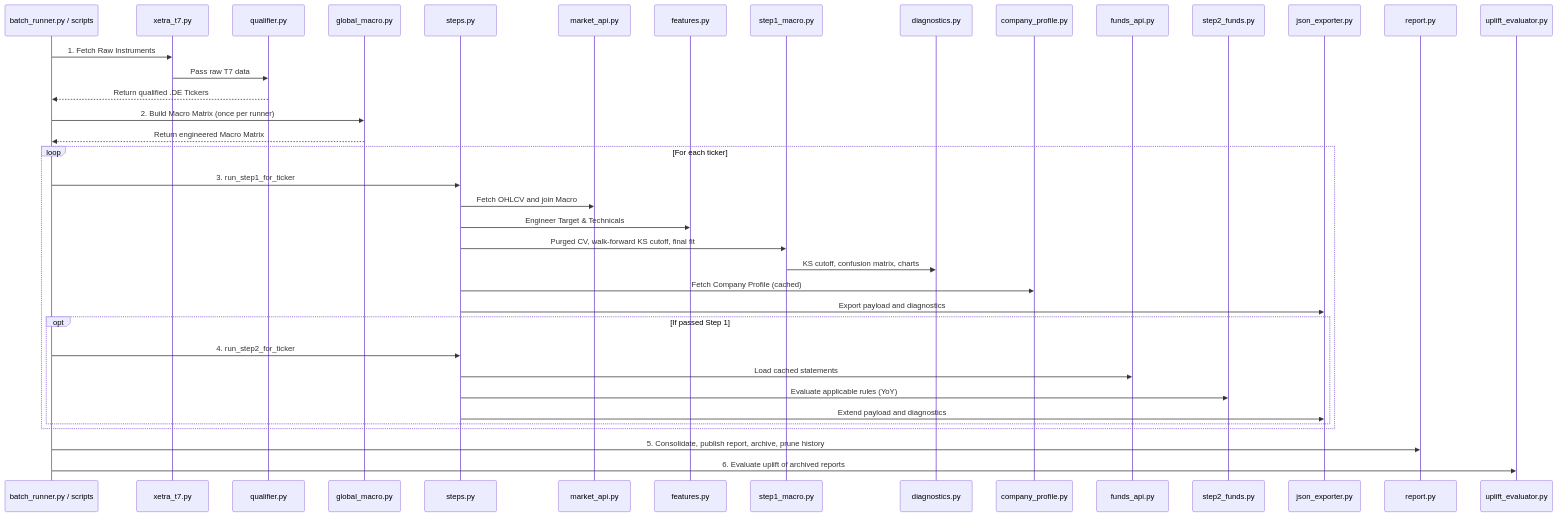
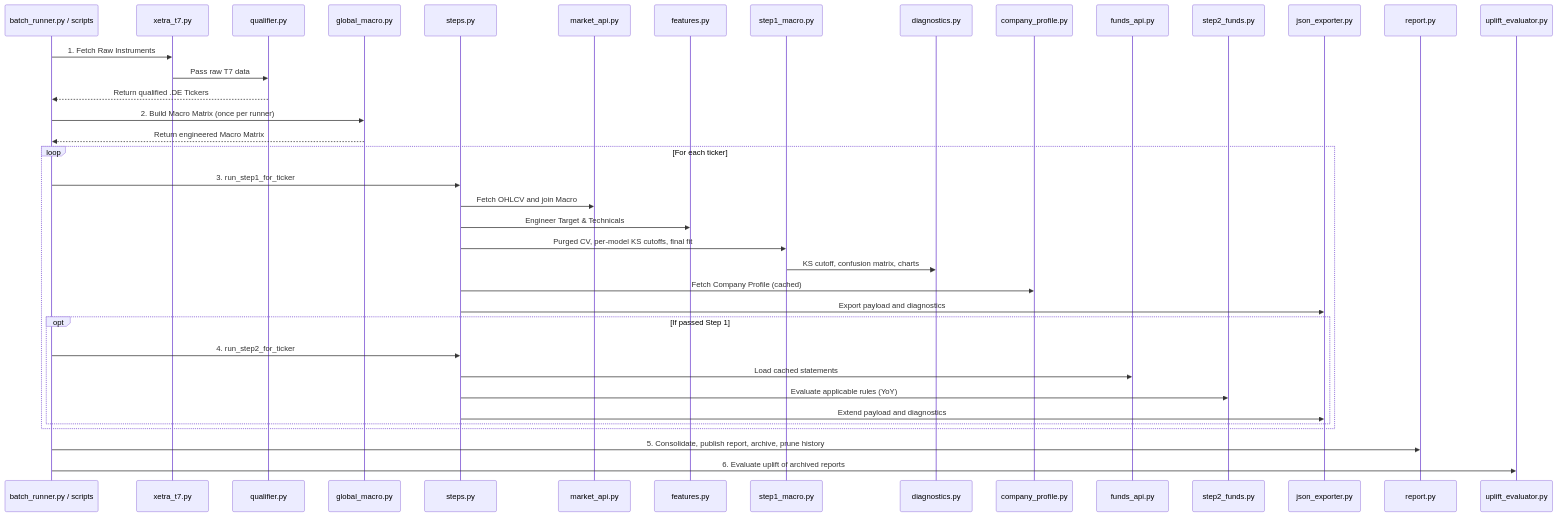
One commit to kleinnconrad/stock-predictor changed the diagram in src/README.md. Above: the diagram before and after it, drawn with Mermaid. The commit also changed other lines of this file and 4 other files, not shown here.

````diff
--- a/src/README.md
+++ b/src/README.md
@@ -16,45 +16,45 @@
 ```mermaid
 sequenceDiagram
     participant BR as batch_runner.py / scripts
     participant T7 as xetra_t7.py
     participant QUAL as qualifier.py
     participant GM as global_macro.py
     participant ST as steps.py
     participant MA as market_api.py
     participant FEAT as features.py
     participant S1 as step1_macro.py
     participant DIAG as diagnostics.py
     participant CP as company_profile.py
     participant FA as funds_api.py
     participant S2 as step2_funds.py
     participant JE as json_exporter.py
     participant REP as report.py
     participant UP as uplift_evaluator.py
 
     BR->>T7: 1. Fetch Raw Instruments
     T7->>QUAL: Pass raw T7 data
     QUAL-->>BR: Return qualified .DE Tickers
 
     BR->>GM: 2. Build Macro Matrix (once per runner)
     GM-->>BR: Return engineered Macro Matrix
 
     loop For each ticker
         BR->>ST: 3. run_step1_for_ticker
         ST->>MA: Fetch OHLCV and join Macro
         ST->>FEAT: Engineer Target & Technicals
-        ST->>S1: Purged CV, walk-forward KS cutoff, final fit
+        ST->>S1: Purged CV, per-model KS cutoffs, final fit
         S1->>DIAG: KS cutoff, confusion matrix, charts
         ST->>CP: Fetch Company Profile (cached)
         ST->>JE: Export payload and diagnostics
 
         opt If passed Step 1
             BR->>ST: 4. run_step2_for_ticker
             ST->>FA: Load cached statements
             ST->>S2: Evaluate applicable rules (YoY)
             ST->>JE: Extend payload and diagnostics
         end
     end
 
     BR->>REP: 5. Consolidate, publish report, archive, prune history
     BR->>UP: 6. Evaluate uplift of archived reports
 ```
````
